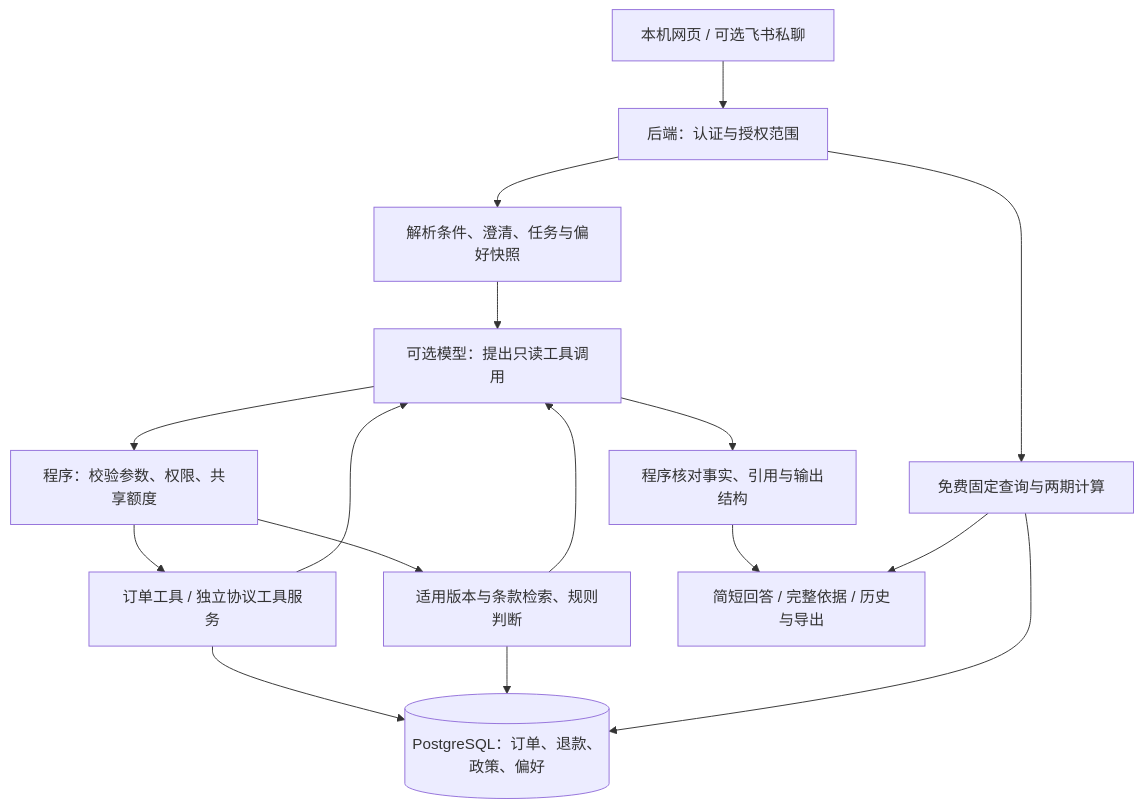
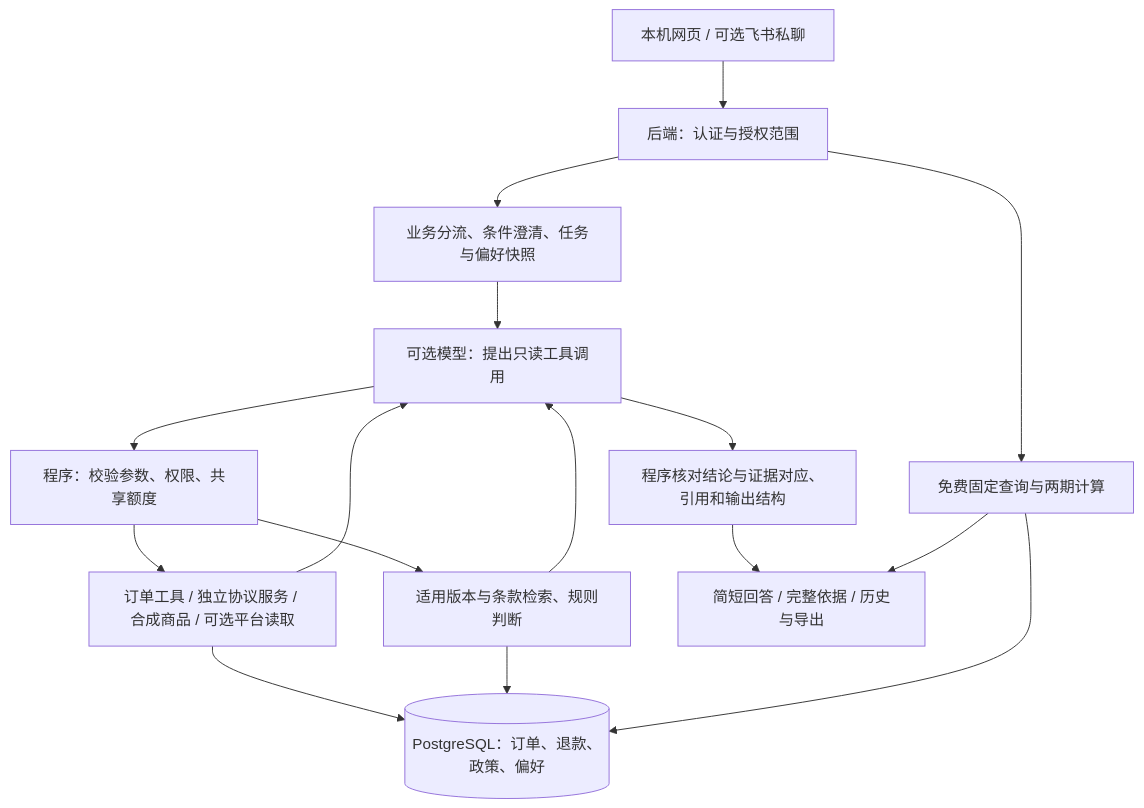
One commit to yapengl490-cmd/order-policy-assistant changed the diagram in README.md. Above: the diagram before and after it, drawn with Mermaid. The commit also changed other lines of this file and 70 other files, not shown here.

Commit message:
Add bounded shopping flows, policy collaboration, and frozen display preferences

````diff
--- a/README.md
+++ b/README.md
@@ -24,18 +29,18 @@
 ```mermaid
 flowchart TD
     U[本机网页 / 可选飞书私聊] --> A[后端：认证与授权范围]
-    A --> C[解析条件、澄清、任务与偏好快照]
+    A --> C[业务分流、条件澄清、任务与偏好快照]
     C --> M[可选模型：提出只读工具调用]
     M --> G[程序：校验参数、权限、共享额度]
-    G --> Q[订单工具 / 独立协议工具服务]
+    G --> Q[订单工具 / 独立协议服务 / 合成商品 / 可选平台读取]
     Q --> D[(PostgreSQL：订单、退款、政策、偏好)]
     G --> P[适用版本与条款检索、规则判断]
     P --> D
     Q --> M
     P --> M
-    M --> V[程序核对事实、引用与输出结构]
+    M --> V[程序核对结论与证据对应、引用和输出结构]
     V --> O[简短回答 / 完整依据 / 历史与导出]
     A --> F[免费固定查询与两期计算]
     F --> D
     F --> O
 ```
````
